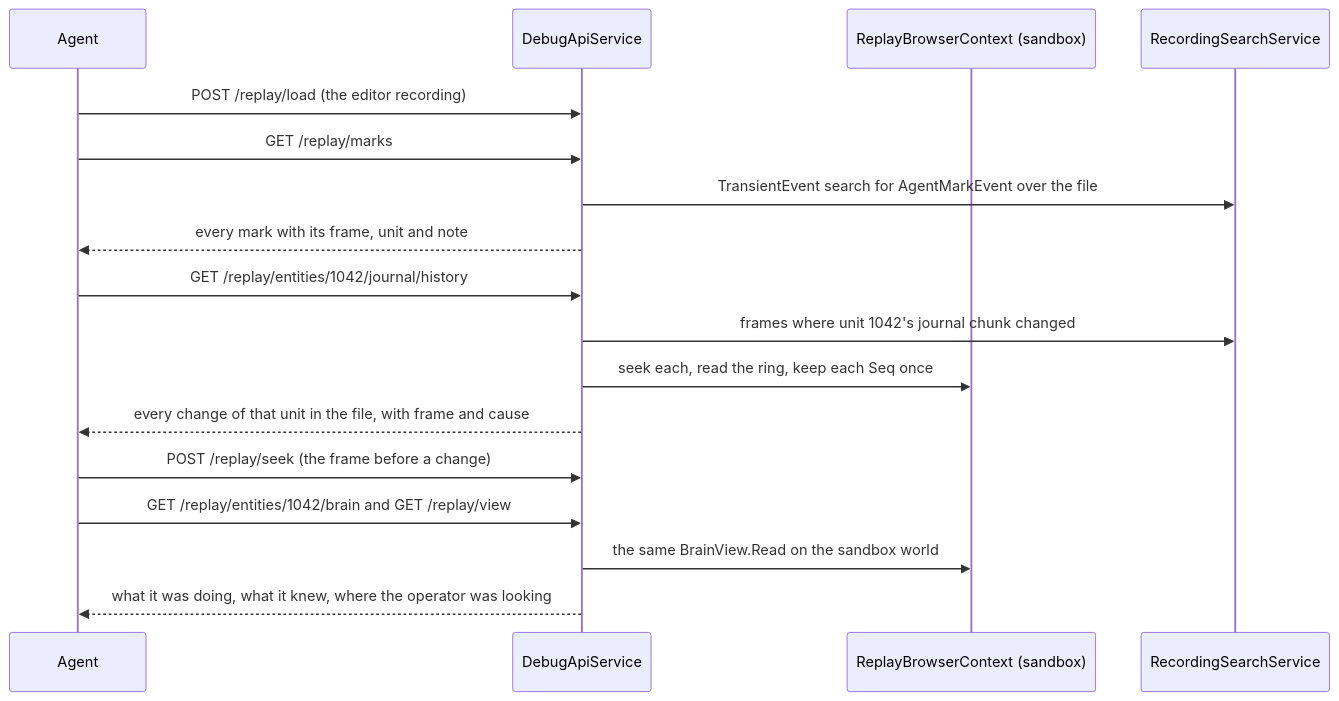
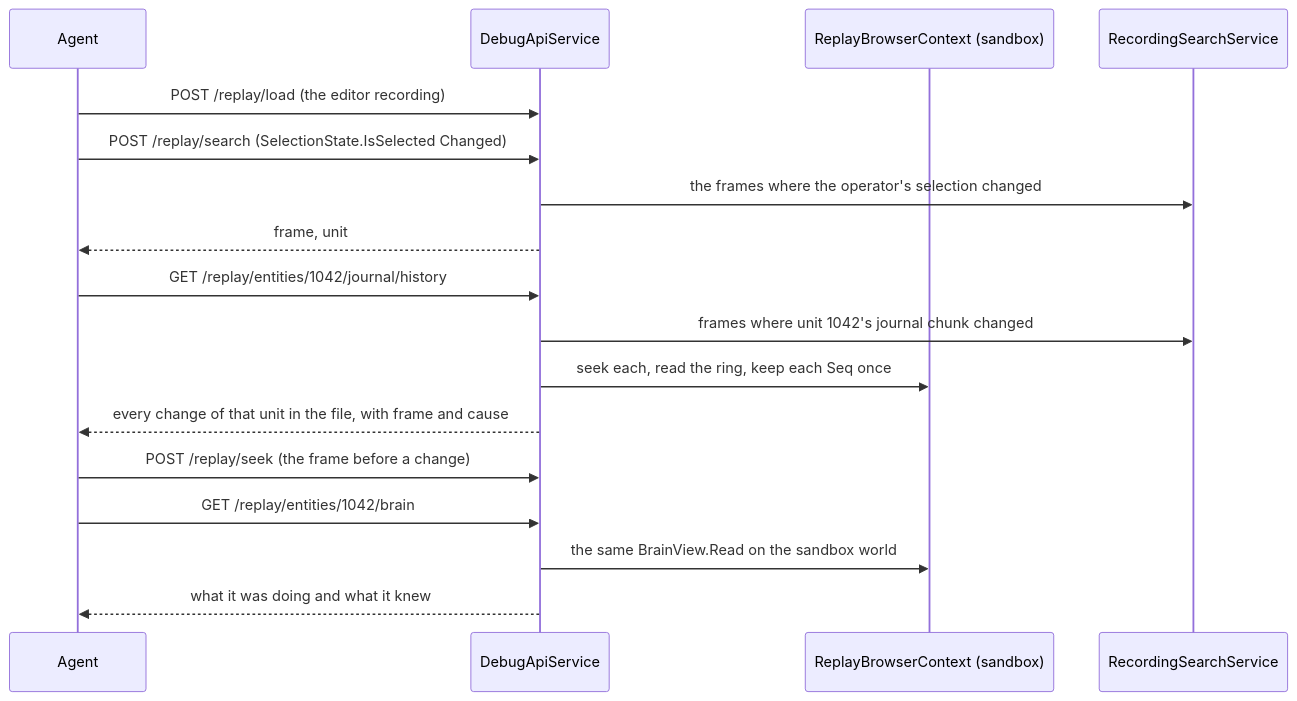
One commit to pjanec/HROT changed the third of 4 diagrams in docs/DESIGN_Agent_Shared_View.md. Above: the diagram before and after it, drawn with Mermaid. The commit also changed other lines of this file and 6 other files, not shown here.

````diff
--- a/docs/DESIGN_Agent_Shared_View.md
+++ b/docs/DESIGN_Agent_Shared_View.md
@@ -140,19 +140,19 @@
 ```mermaid
 sequenceDiagram
   participant A as Agent
   participant S as DebugApiService
   participant R as ReplayBrowserContext (sandbox)
   participant Q as RecordingSearchService
   A->>S: POST /replay/load (the editor recording)
-  A->>S: GET /replay/marks
-  S->>Q: TransientEvent search for AgentMarkEvent over the file
-  S-->>A: every mark with its frame, unit and note
+  A->>S: POST /replay/search (SelectionState.IsSelected Changed)
+  S->>Q: the frames where the operator's selection changed
+  S-->>A: frame, unit
   A->>S: GET /replay/entities/1042/journal/history
   S->>Q: frames where unit 1042's journal chunk changed
   S->>R: seek each, read the ring, keep each Seq once
   S-->>A: every change of that unit in the file, with frame and cause
   A->>S: POST /replay/seek (the frame before a change)
-  A->>S: GET /replay/entities/1042/brain and GET /replay/view
+  A->>S: GET /replay/entities/1042/brain
   S->>R: the same BrainView.Read on the sandbox world
-  S-->>A: what it was doing, what it knew, where the operator was looking
+  S-->>A: what it was doing and what it knew
 ```
````
